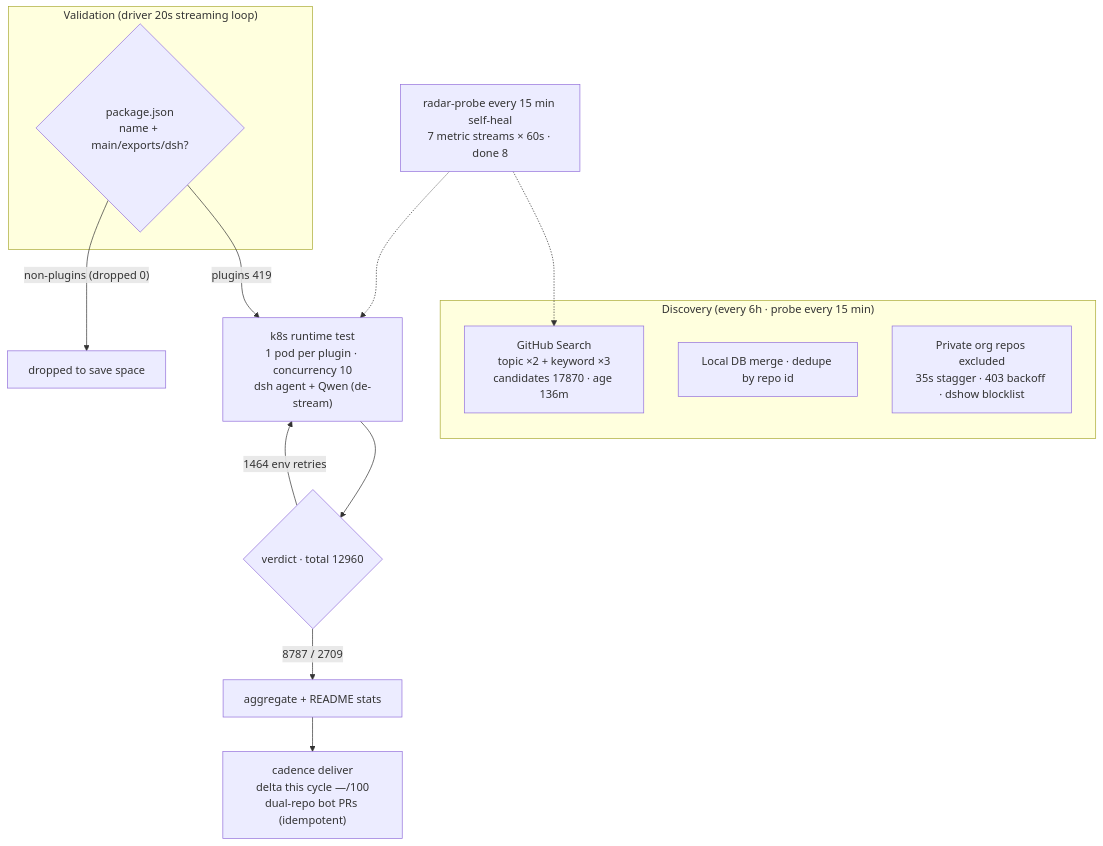
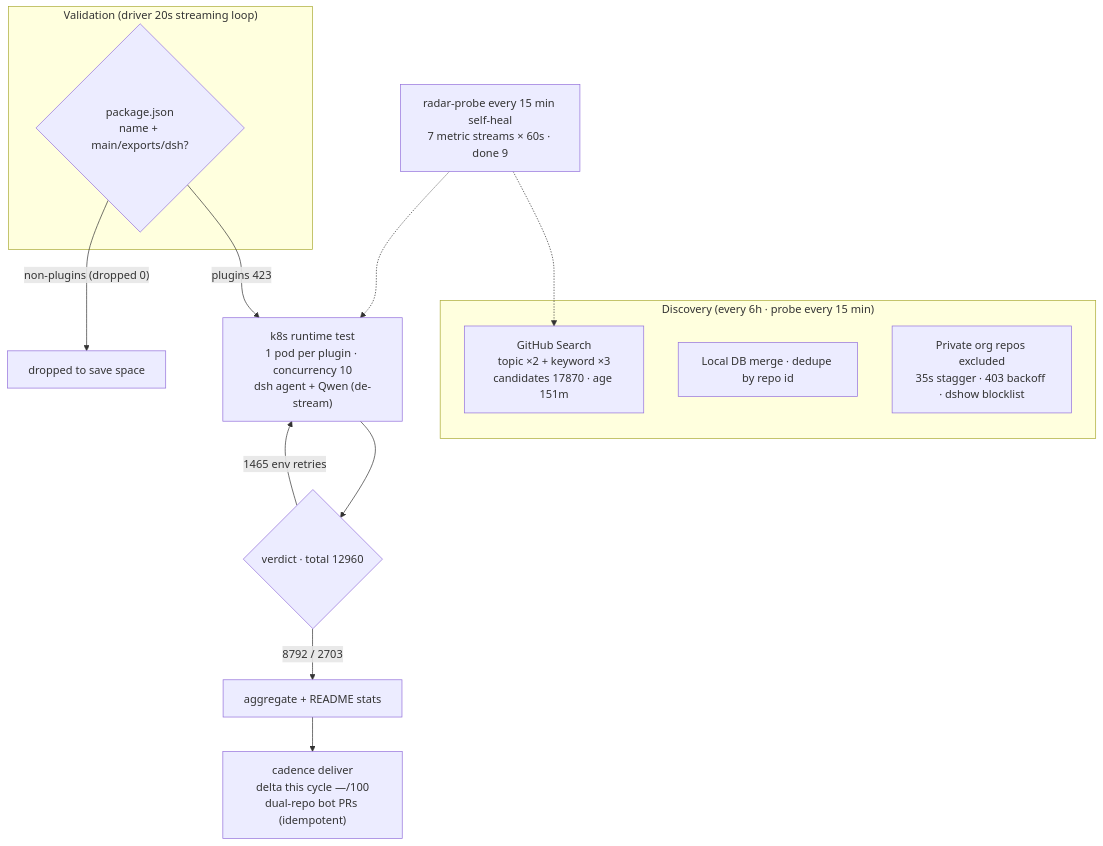
The diagram in README.en-US.md (AdamPlatin123/awesome-dsh-plugins), drawn with Mermaid before and after one commit. The commit also changed other lines of this file and 5 other files, not shown here.

````diff
--- a/README.en-US.md
+++ b/README.en-US.md
@@ -45,20 +45,20 @@
 ```mermaid
 flowchart TB
     subgraph Discovery["Discovery (every 6h · probe every 15 min)"]
-        A1["GitHub Search<br/>topic ×2 + keyword ×3<br/>candidates 17870 · age 136m"]
+        A1["GitHub Search<br/>topic ×2 + keyword ×3<br/>candidates 17870 · age 151m"]
         A2["Local DB merge · dedupe by repo id"]
         A3["Private org repos excluded<br/>35s stagger · 403 backoff · dshow blocklist"]
     end
     subgraph Validation["Validation (driver 20s streaming loop)"]
         B1{"package.json<br/>name + main/exports/dsh?"}
     end
-    B1 -->|"plugins 419"| C1["k8s runtime test<br/>1 pod per plugin · concurrency 10<br/>dsh agent + Qwen (de-stream)"]
+    B1 -->|"plugins 423"| C1["k8s runtime test<br/>1 pod per plugin · concurrency 10<br/>dsh agent + Qwen (de-stream)"]
     B1 -->|"non-plugins (dropped 0)"| B3["dropped to save space"]
     C1 --> D1{"verdict · total 12960"}
-    D1 -->|"8787 / 2709"| E1["aggregate + README stats"]
-    D1 -->|"1464 env retries"| C1
+    D1 -->|"8792 / 2703"| E1["aggregate + README stats"]
+    D1 -->|"1465 env retries"| C1
     E1 --> E2["cadence deliver<br/>delta this cycle —/100<br/>dual-repo bot PRs (idempotent)"]
-    M["radar-probe every 15 min self-heal<br/>7 metric streams × 60s · done 8"]
+    M["radar-probe every 15 min self-heal<br/>7 metric streams × 60s · done 9"]
     M -.-> A1
     M -.-> C1
 ```
````
